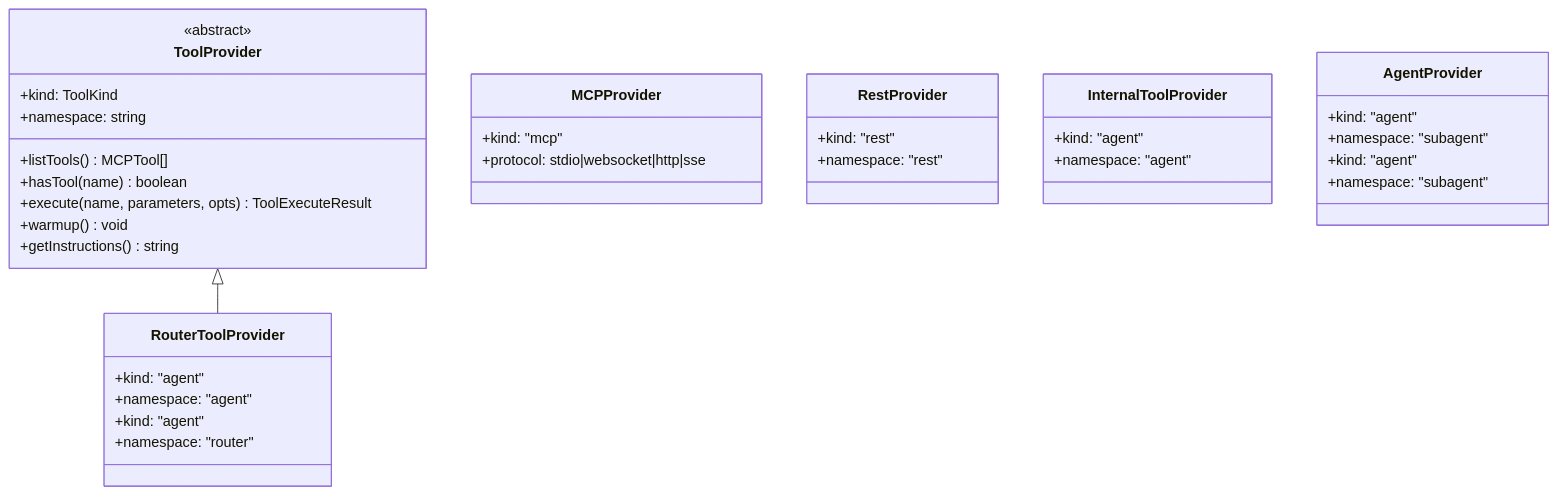
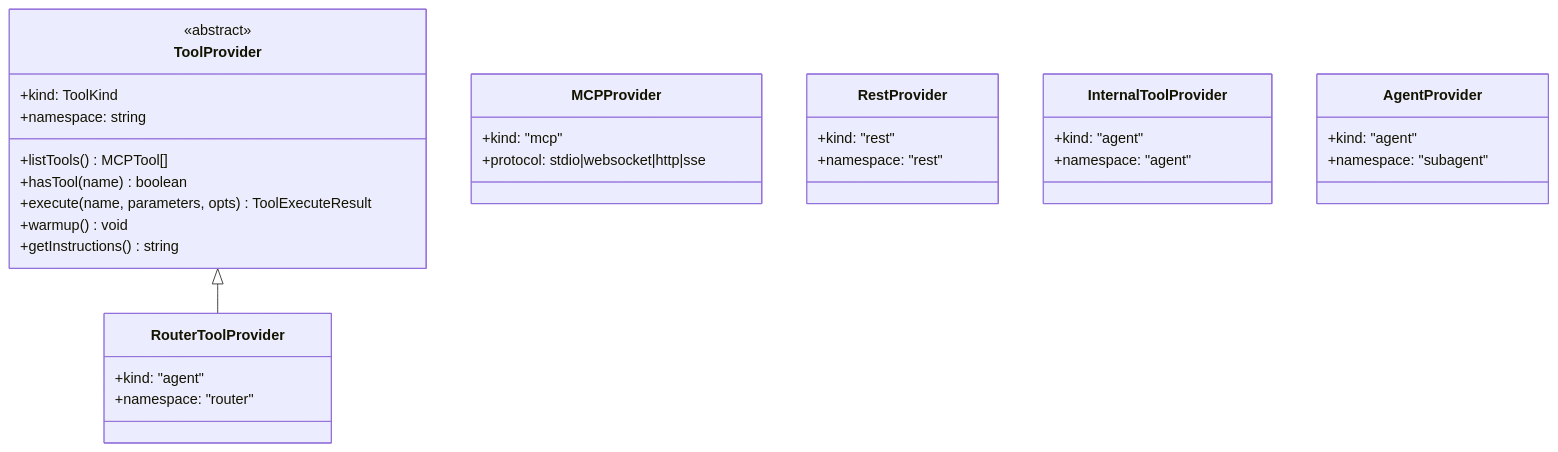
One commit to netdata/netdata changed the first of 6 diagrams in docs/Technical-Specs-Tool-System.md. Above: the diagram before and after it, drawn with Mermaid. The commit also changed other lines of this file and 63 other files, not shown here.

````diff
--- a/docs/Technical-Specs-Tool-System.md
+++ b/docs/Technical-Specs-Tool-System.md
@@ -48,50 +48,40 @@
 ```mermaid
 classDiagram
     class ToolProvider {
         <<abstract>>
         +kind: ToolKind
         +namespace: string
         +listTools() MCPTool[]
         +hasTool(name) boolean
         +execute(name, parameters, opts) ToolExecuteResult
         +warmup() void
         +getInstructions() string
     }
 
     class MCPProvider {
         +kind: "mcp"
         +protocol: stdio|websocket|http|sse
     }
 
     class RestProvider {
         +kind: "rest"
         +namespace: "rest"
     }
 
     class InternalToolProvider {
         +kind: "agent"
         +namespace: "agent"
     }
 
     class AgentProvider {
         +kind: "agent"
         +namespace: "subagent"
     }
 
     class RouterToolProvider {
         +kind: "agent"
-        +namespace: "agent"
-    }
-
-    class AgentProvider {
-        +kind: "agent"
-        +namespace: "subagent"
-    }
-
-    class RouterToolProvider {
-        +kind: "agent"
         +namespace: "router"
     }
 
     ToolProvider <|-- RouterToolProvider
 ```
````
